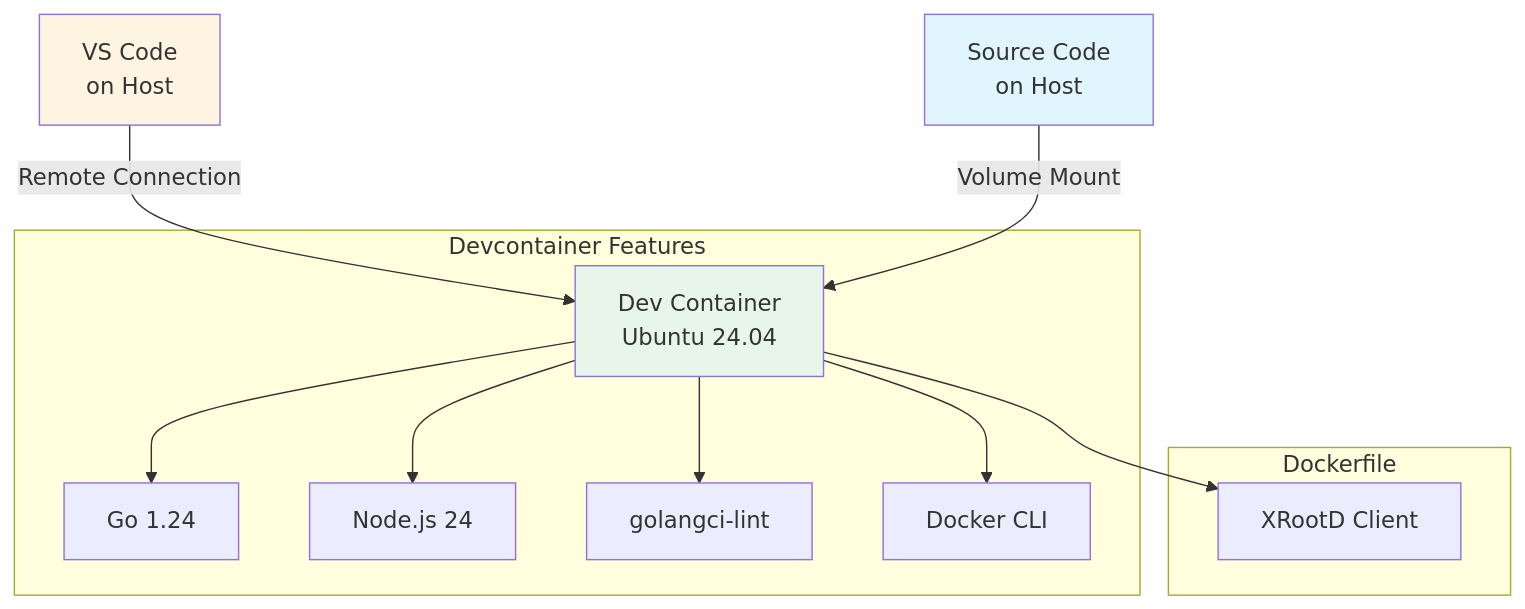
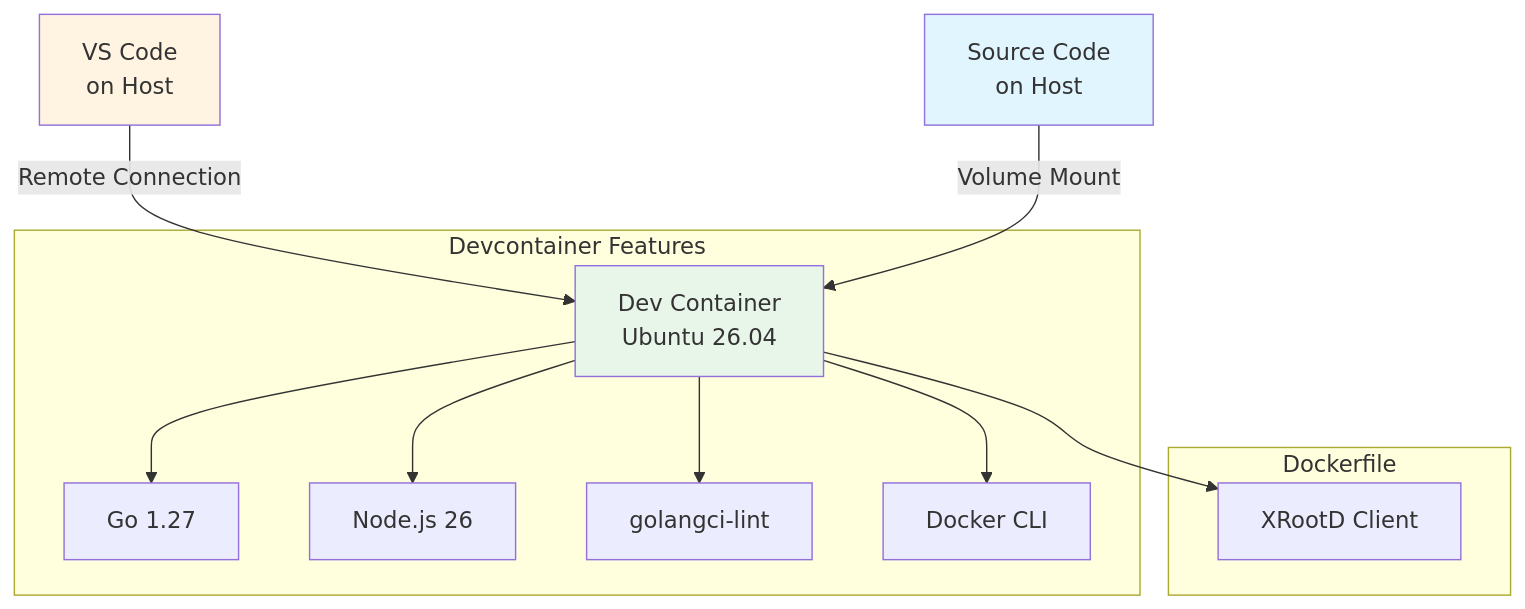
Before and after one commit to AnarManafov/dataharbor: the diagram in .devcontainer/README.md, drawn with Mermaid. The commit also changed other lines of this file and 29 other files, not shown here.

````diff
--- a/.devcontainer/README.md
+++ b/.devcontainer/README.md
@@ -109,24 +109,24 @@
 ```mermaid
 graph TB
     CODE[Source Code<br/>on Host]
-    CONTAINER[Dev Container<br/>Ubuntu 24.04]
+    CONTAINER[Dev Container<br/>Ubuntu 26.04]
     VSCODE[VS Code<br/>on Host]
 
     VSCODE -->|Remote Connection| CONTAINER
     CODE -->|Volume Mount| CONTAINER
 
     subgraph "Devcontainer Features"
-        CONTAINER --> GO[Go 1.24]
-        CONTAINER --> NODE[Node.js 24]
+        CONTAINER --> GO[Go 1.27]
+        CONTAINER --> NODE[Node.js 26]
         CONTAINER --> LINT[golangci-lint]
         CONTAINER --> DOCKER[Docker CLI]
     end
 
     subgraph "Dockerfile"
         CONTAINER --> XROOTD[XRootD Client]
     end
 
     style CONTAINER fill:#e8f5e9
     style CODE fill:#e1f5ff
     style VSCODE fill:#fff4e1
 ```
````
